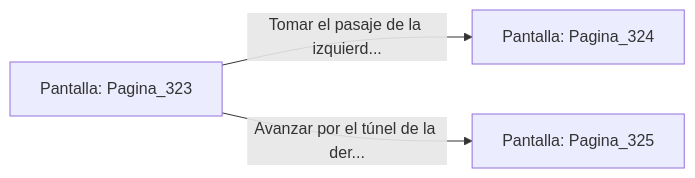
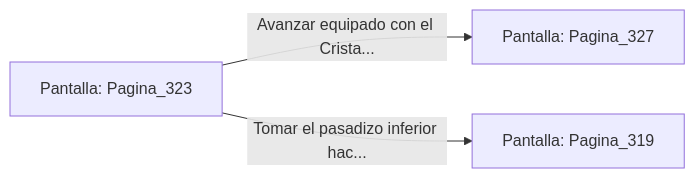
The diagram in sample/eligejuego-vault/Pantalla_Pagina_323.md (metsuke/mpl), drawn with Mermaid before and after one commit. The commit also changed other lines of this file and 635 other files, not shown here.

First line of the commit message:
fix: añadir Pagina_1 como pantalla inicial en capitulo_01.mpl

````diff
--- a/sample/eligejuego-vault/Pantalla_Pagina_323.md
+++ b/sample/eligejuego-vault/Pantalla_Pagina_323.md
@@ -20,6 +24,6 @@
 ```mermaid
 graph LR
     P_Pagina_323["Pantalla: Pagina_323"]
-    P_Pagina_323 -->|"Tomar el pasaje de la izquierd..."| P_Pagina_324["Pantalla: Pagina_324"]
-    P_Pagina_323 -->|"Avanzar por el túnel de la der..."| P_Pagina_325["Pantalla: Pagina_325"]
+    P_Pagina_323 -->|"Avanzar equipado con el Crista..."| P_Pagina_327["Pantalla: Pagina_327"]
+    P_Pagina_323 -->|"Tomar el pasadizo inferior hac..."| P_Pagina_319["Pantalla: Pagina_319"]
 ```
````
